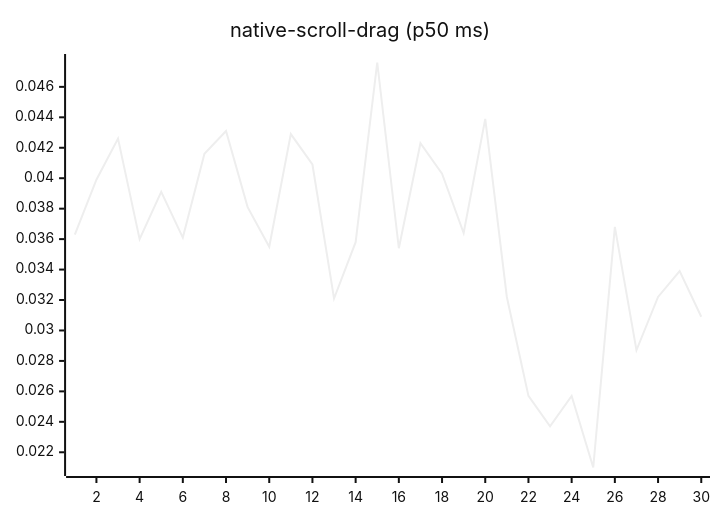
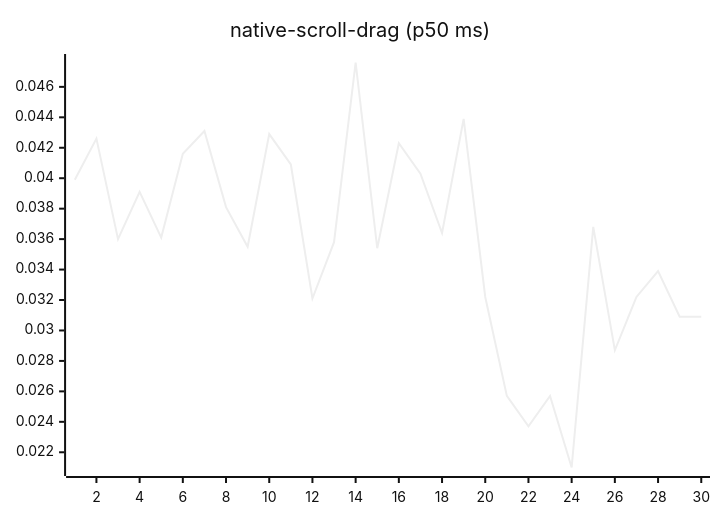
Before and after one commit to josha/Facet: diagram 14 of 27 in README.md, drawn with Mermaid (neutral theme). The commit also changed other lines of this file and 2 other files, not shown here.

````diff
--- a/README.md
+++ b/README.md
@@ -154,6 +154,6 @@
 ```mermaid
 xychart-beta
     title "native-scroll-drag (p50 ms)"
     x-axis 1 --> 30
-    line [0.0363, 0.0399, 0.0426, 0.0360, 0.0391, 0.0361, 0.0416, 0.0431, 0.0381, 0.0355, 0.0429, 0.0409, 0.0321, 0.0358, 0.0476, 0.0354, 0.0423, 0.0403, 0.0364, 0.0439, 0.0322, 0.0257, 0.0237, 0.0257, 0.0210, 0.0368, 0.0287, 0.0322, 0.0339, 0.0309]
+    line [0.0399, 0.0426, 0.0360, 0.0391, 0.0361, 0.0416, 0.0431, 0.0381, 0.0355, 0.0429, 0.0409, 0.0321, 0.0358, 0.0476, 0.0354, 0.0423, 0.0403, 0.0364, 0.0439, 0.0322, 0.0257, 0.0237, 0.0257, 0.0210, 0.0368, 0.0287, 0.0322, 0.0339, 0.0309, 0.0309]
 ```
````
